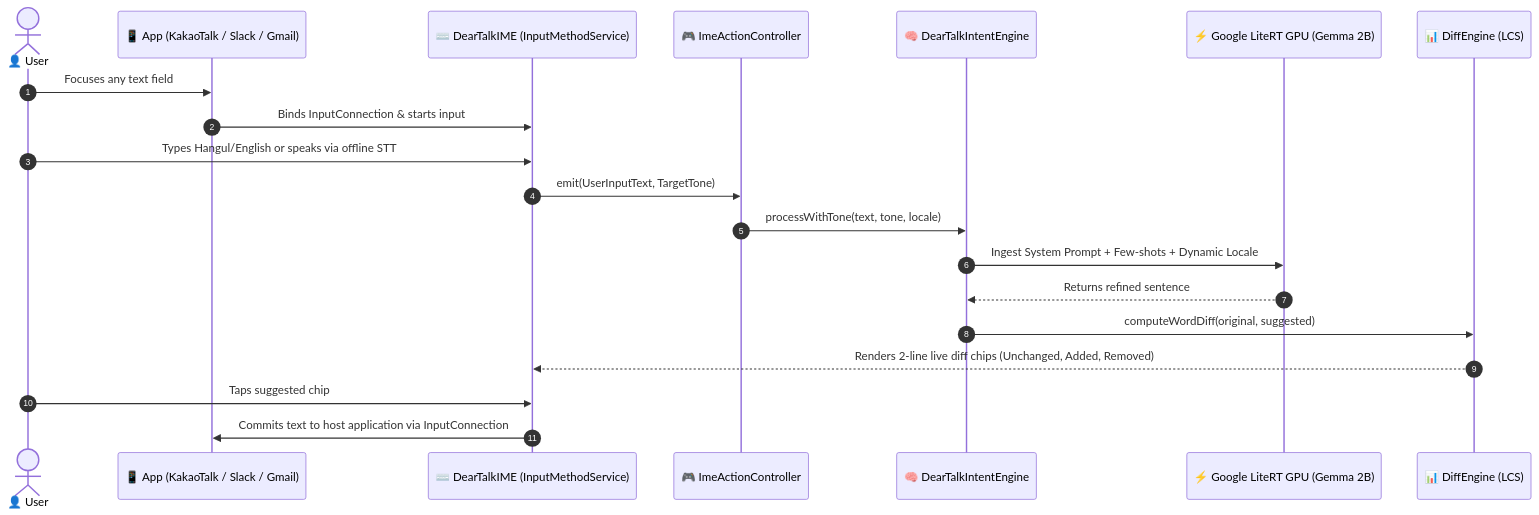
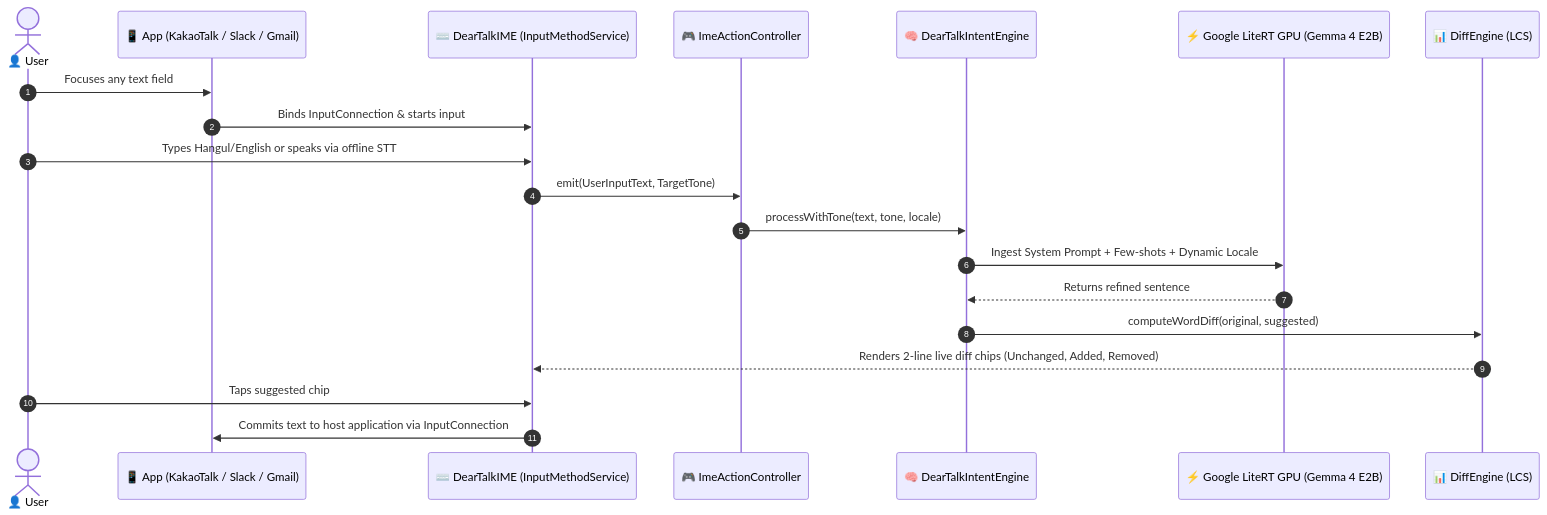
One commit to cobuild-ai/deartalk-ai changed the second of 2 diagrams in docs/ARCHITECTURE.md. Above: the diagram before and after it, drawn with Mermaid. The commit also changed other lines of this file and 114 other files, not shown here.

````diff
--- a/docs/ARCHITECTURE.md
+++ b/docs/ARCHITECTURE.md
@@ -40,23 +40,23 @@
 ```mermaid
 sequenceDiagram
     autonumber
     actor User as 👤 User
     participant HostApp as 📱 App (KakaoTalk / Slack / Gmail)
     participant IME as ⌨️ DearTalkIME (InputMethodService)
     participant Controller as 🎮 ImeActionController
     participant Engine as 🧠 DearTalkIntentEngine
-    participant LLM as ⚡ Google LiteRT GPU (Gemma 2B)
+    participant LLM as ⚡ Google LiteRT GPU (Gemma 4 E2B)
     participant Diff as 📊 DiffEngine (LCS)
 
     User->>HostApp: Focuses any text field
     HostApp->>IME: Binds InputConnection & starts input
     User->>IME: Types Hangul/English or speaks via offline STT
     IME->>Controller: emit(UserInputText, TargetTone)
     Controller->>Engine: processWithTone(text, tone, locale)
     Engine->>LLM: Ingest System Prompt + Few-shots + Dynamic Locale
     LLM-->>Engine: Returns refined sentence
     Engine->>Diff: computeWordDiff(original, suggested)
     Diff-->>IME: Renders 2-line live diff chips (Unchanged, Added, Removed)
     User->>IME: Taps suggested chip
     IME->>HostApp: Commits text to host application via InputConnection
 ```
````
